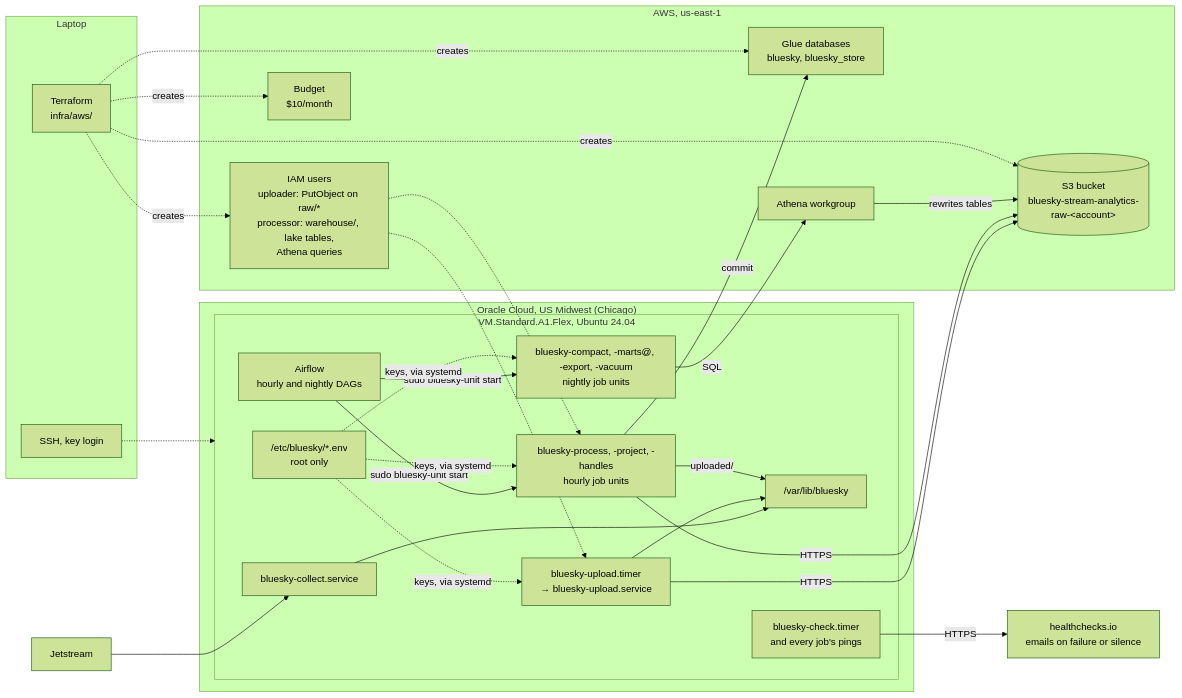
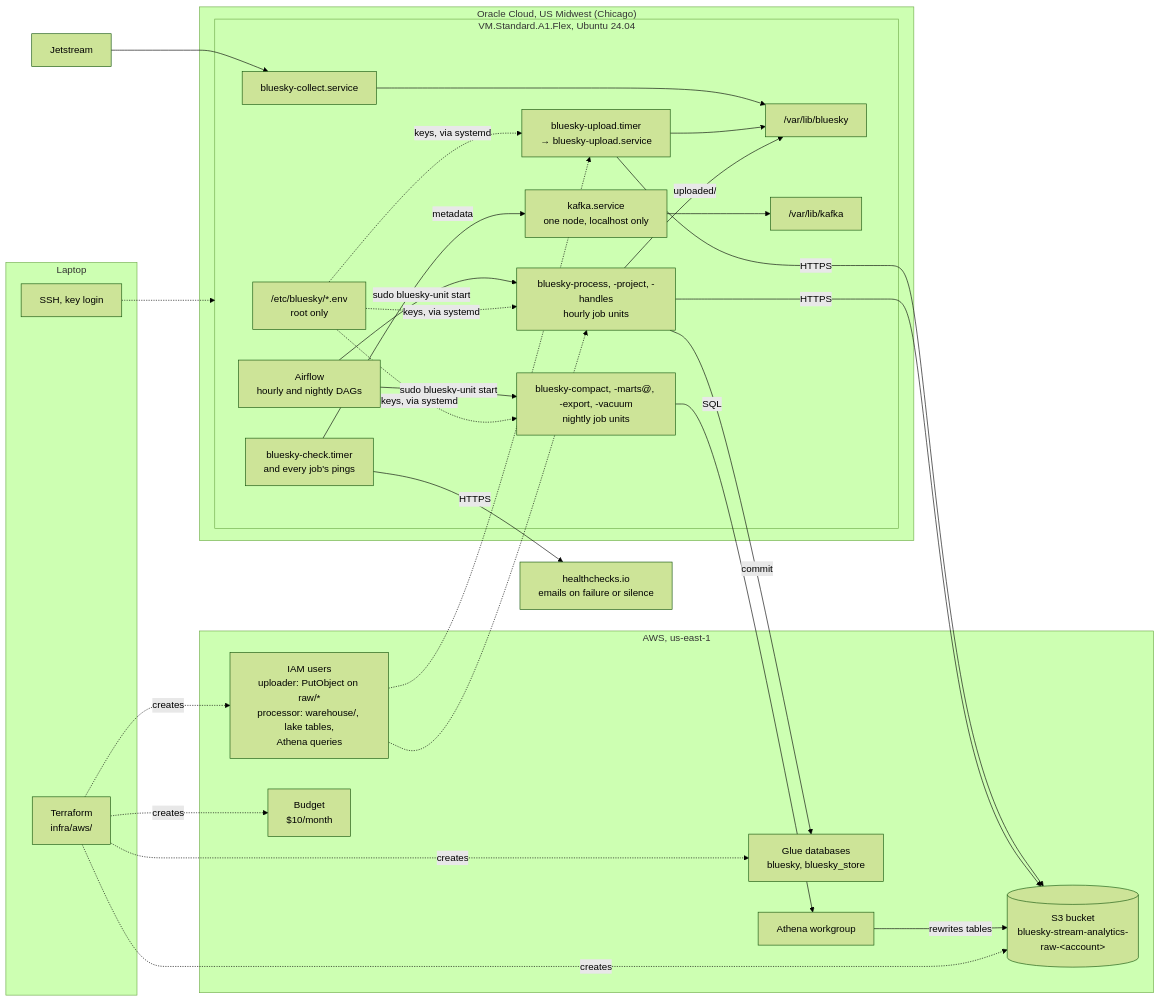
One commit to dhirajkk91/bluesky-stream-analytics changed the diagram in docs/architectures/infrastructure.md. Above: the diagram before and after it, drawn with Mermaid (forest theme). The commit also changed other lines of this file and 12 other files, not shown here.

````diff
--- a/docs/architectures/infrastructure.md
+++ b/docs/architectures/infrastructure.md
@@ -9,53 +9,57 @@
 ```mermaid
 flowchart LR
     subgraph Laptop["Laptop"]
         TF["Terraform<br/>infra/aws/"]
         SSH["SSH, key login"]
     end
 
     subgraph OCI["Oracle Cloud, US Midwest (Chicago)"]
         subgraph VM["VM.Standard.A1.Flex, Ubuntu 24.04"]
             C["bluesky-collect.service"]
             U["bluesky-upload.timer<br/>→ bluesky-upload.service"]
             AF["Airflow<br/>hourly and nightly DAGs"]
             P["bluesky-process, -project, -handles<br/>hourly job units"]
             K["bluesky-compact, -marts@, -export, -vacuum<br/>nightly job units"]
             D["/var/lib/bluesky"]
             E["/etc/bluesky/*.env<br/>root only"]
             CH["bluesky-check.timer<br/>and every job's pings"]
+            KF["kafka.service<br/>one node, localhost only"]
+            KD["/var/lib/kafka"]
         end
     end
 
     HC["healthchecks.io<br/>emails on failure or silence"]
 
     subgraph AWS["AWS, us-east-1"]
         S3[("S3 bucket<br/>bluesky-stream-analytics-raw-&lt;account&gt;")]
         IAM["IAM users<br/>uploader: PutObject on raw/*<br/>processor: warehouse/, lake tables,<br/>Athena queries"]
         GL["Glue databases<br/>bluesky, bluesky_store"]
         AT["Athena workgroup"]
         B["Budget<br/>$10/month"]
     end
 
     J["Jetstream"] --> C
     AF -->|"sudo bluesky-unit start"| P
     AF -->|"sudo bluesky-unit start"| K
     C --> D
     U --> D
     E -.->|"keys, via systemd"| U
     E -.->|"keys, via systemd"| P
     U -->|"HTTPS"| S3
     P -->|"uploaded/"| D
     P -->|"HTTPS"| S3
     P -->|"commit"| GL
     E -.->|"keys, via systemd"| K
     K -->|"SQL"| AT
     AT -->|"rewrites tables"| S3
     IAM -.-> U
     IAM -.-> P
     TF -.->|creates| S3
     TF -.->|creates| IAM
     TF -.->|creates| B
     TF -.->|creates| GL
     SSH -.-> VM
     CH -->|"HTTPS"| HC
+    CH -->|"metadata"| KF
+    KF --> KD
 ```
````
